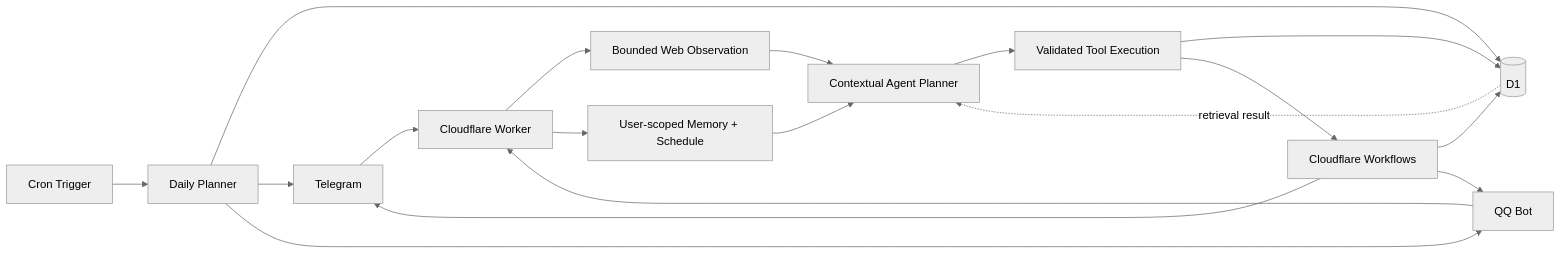
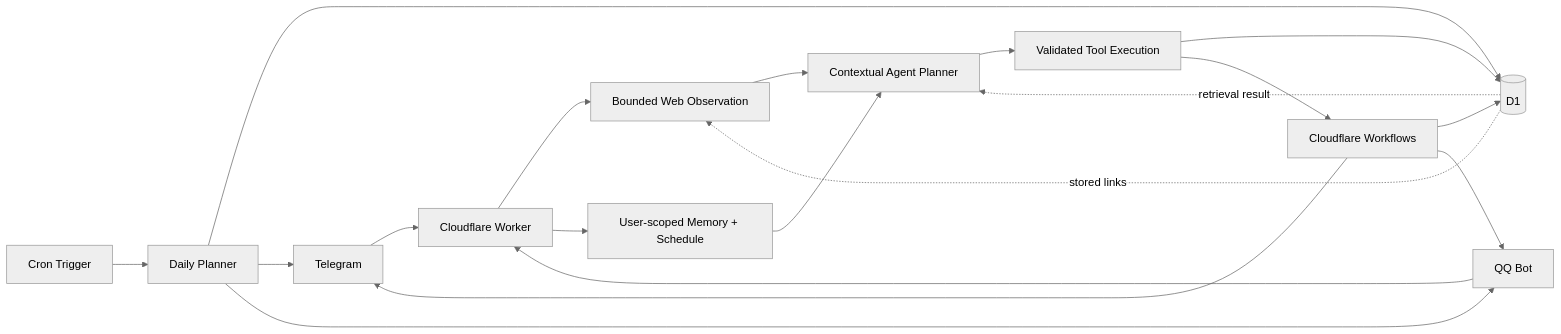
Before and after one commit to kinamind/Desk-IX: the diagram in README.md, drawn with Mermaid (neutral theme). The commit also changed other lines of this file and 9 other files, not shown here.

````diff
--- a/README.md
+++ b/README.md
@@ -36,20 +38,21 @@
 ```mermaid
 flowchart LR
   TG["Telegram"] --> WH["Cloudflare Worker"]
   QQ["QQ Bot"] --> WH
   WH --> OBS["Bounded Web Observation"]
   WH --> CTX["User-scoped Memory + Schedule"]
   OBS --> AI["Contextual Agent Planner"]
   CTX --> AI
   AI --> EX["Validated Tool Execution"]
   EX --> D1[("D1")]
+  D1 -. "stored links" .-> OBS
   EX --> WF["Cloudflare Workflows"]
   D1 -. "retrieval result" .-> AI
   WF --> D1
   WF --> TG
   WF --> QQ
   CR["Cron Trigger"] --> PLAN["Daily Planner"]
   PLAN --> D1
   PLAN --> TG
   PLAN --> QQ
 ```
````
